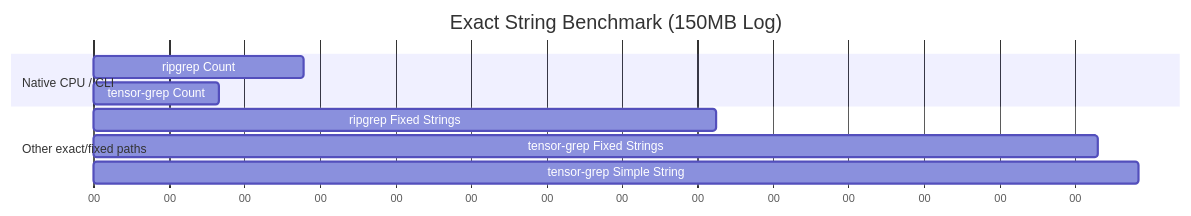
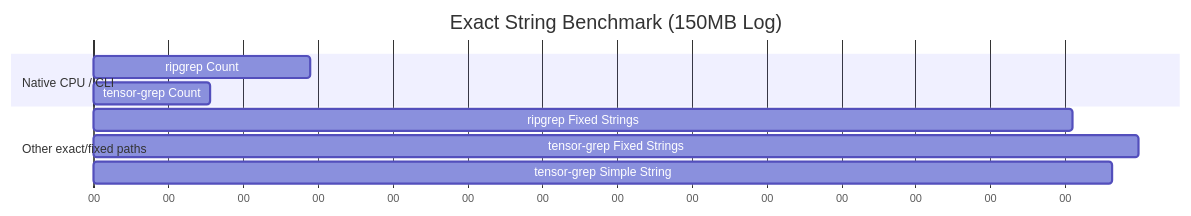
The third of 3 diagrams in docs/PAPER.md (oimiragieo/tensor-grep), drawn with Mermaid before and after one commit. The commit also changed other lines of this file and 4 other files, not shown here.

````diff
--- a/docs/PAPER.md
+++ b/docs/PAPER.md
@@ -126,15 +127,15 @@
 ```mermaid
 gantt
     title Exact String Benchmark (150MB Log)
     dateFormat  s
     axisFormat %S
     
     section Native CPU / CLI
-    ripgrep Count              :a1, 0, 0.139s
-    tensor-grep Count          :a2, 0, 0.083s
+    ripgrep Count              :a1, 0, 0.145s
+    tensor-grep Count          :a2, 0, 0.078s
     
     section Other exact/fixed paths
-    ripgrep Fixed Strings      :a3, 0, 0.412s
-    tensor-grep Fixed Strings  :a4, 0, 0.665s
-    tensor-grep Simple String  :a5, 0, 0.692s
+    ripgrep Fixed Strings      :a3, 0, 0.655s
+    tensor-grep Fixed Strings  :a4, 0, 0.699s
+    tensor-grep Simple String  :a5, 0, 0.681s
 ```
````
